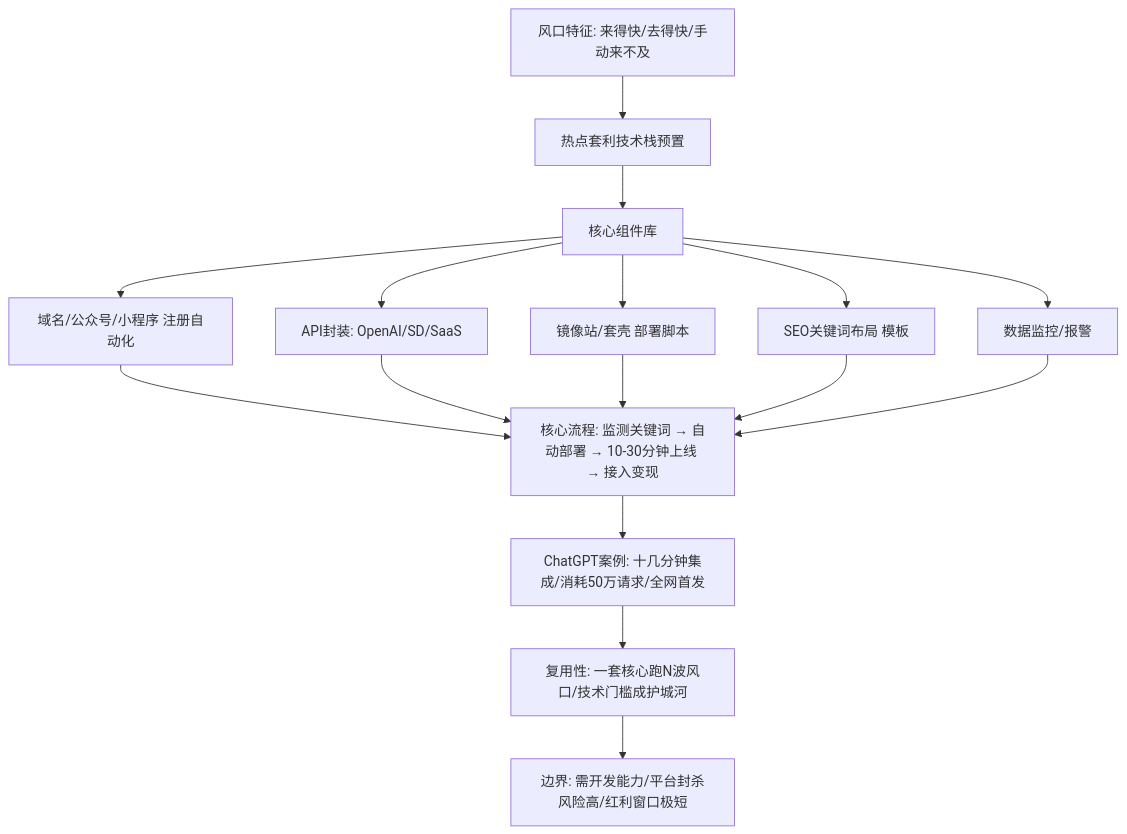
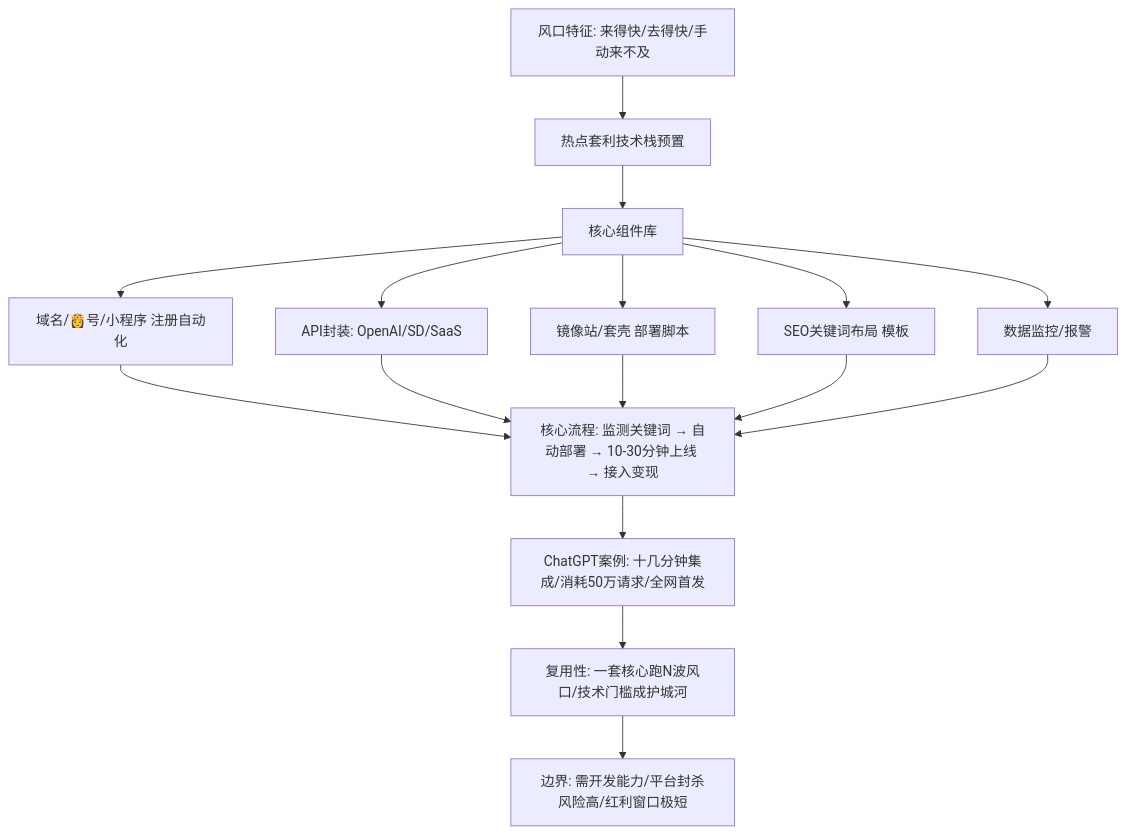
Diagram 13 of 15 in docs/202301-02_paper2textbook/asset/body_fix_b6f8434c128b09eb45de48b97c02e900_fd97ae5fe9e2f265a43004a5c078fe66_d2e4acf0ad719d07e4d14bf1330335a4_e9a0c85315a225af84ce375ff5448cb9.md (OpenDocCN1/flygon-zhuanqian-zhoubao), drawn with Mermaid before and after one commit. The commit also changed other lines of this file and 6688 other files, not shown here.

````diff
--- a/docs/202301-02_paper2textbook/asset/body_fix_b6f8434c128b09eb45de48b97c02e900_fd97ae5fe9e2f265a43004a5c078fe66_d2e4acf0ad719d07e4d14bf1330335a4_e9a0c85315a225af84ce375ff5448cb9.md
+++ b/docs/202301-02_paper2textbook/asset/body_fix_b6f8434c128b09eb45de48b97c02e900_fd97ae5fe9e2f265a43004a5c078fe66_d2e4acf0ad719d07e4d14bf1330335a4_e9a0c85315a225af84ce375ff5448cb9.md
@@ -661,14 +661,14 @@
 ```mermaid
 graph TD
 A[风口特征: 来得快/去得快/手动来不及] --> B[热点套利技术栈预置]
 B --> C[核心组件库]
-C --> C1[域名/公众号/小程序 注册自动化]
+C --> C1[域名/👸号/小程序 注册自动化]
 C --> C2[API封装: OpenAI/SD/SaaS]
 C --> C3[镜像站/套壳 部署脚本]
 C --> C4[SEO关键词布局 模板]
 C --> C5[数据监控/报警]
 C1 & C2 & C3 & C4 & C5 --> D[核心流程: 监测关键词 → 自动部署 → 10-30分钟上线 → 接入变现]
 D --> E[ChatGPT案例: 十几分钟集成/消耗50万请求/全网首发]
 E --> F[复用性: 一套核心跑N波风口/技术门槛成护城河]
 F --> G[边界: 需开发能力/平台封杀风险高/红利窗口极短]
 ```
````
